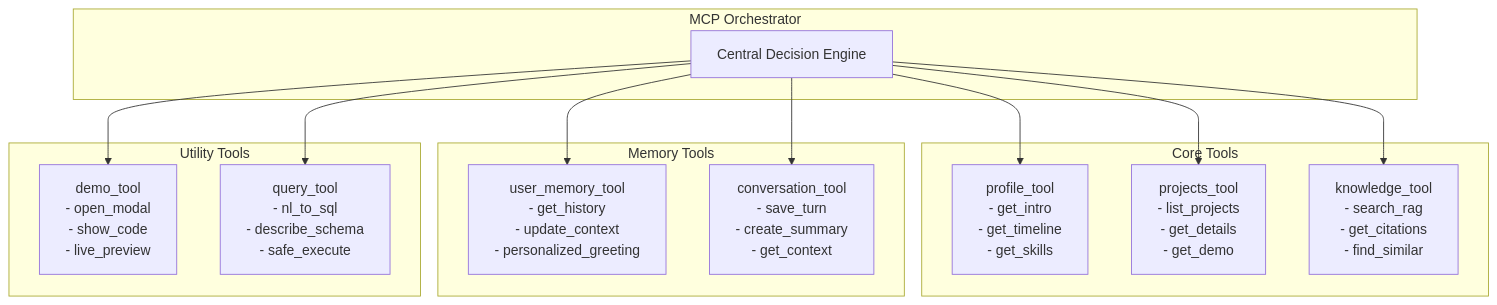
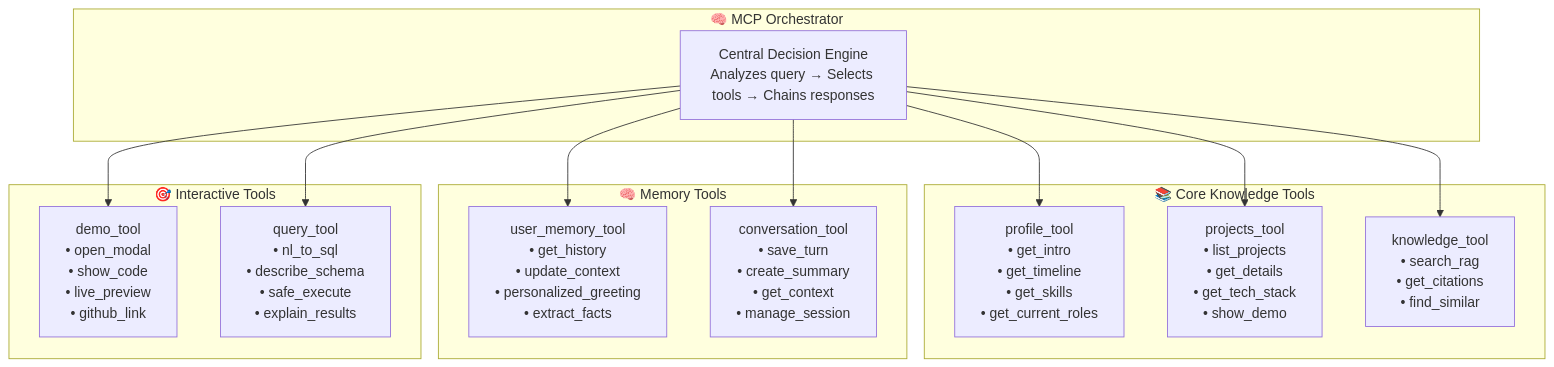
The fifth of 8 diagrams in README.md (LSG-hub/Project-001), drawn with Mermaid before and after one commit. The commit also changed other lines of this file, not shown here.

````diff
--- a/README.md
+++ b/README.md
@@ -260,30 +354,30 @@
 ```mermaid
 graph TB
-    subgraph "MCP Orchestrator"
-        Orchestrator[Central Decision Engine]
+    subgraph Orchestrator["🧠 MCP Orchestrator"]
+        Engine[Central Decision Engine<br/>Analyzes query → Selects tools → Chains responses]
     end
     
-    subgraph "Core Tools"
-        ProfileTool[profile_tool<br/>- get_intro<br/>- get_timeline<br/>- get_skills]
-        ProjectsTool[projects_tool<br/>- list_projects<br/>- get_details<br/>- get_demo]
-        KnowledgeTool[knowledge_tool<br/>- search_rag<br/>- get_citations<br/>- find_similar]
+    subgraph Core["📚 Core Knowledge Tools"]
+        ProfileTool[profile_tool<br/>• get_intro<br/>• get_timeline<br/>• get_skills<br/>• get_current_roles]
+        ProjectsTool[projects_tool<br/>• list_projects<br/>• get_details<br/>• get_tech_stack<br/>• show_demo]
+        KnowledgeTool[knowledge_tool<br/>• search_rag<br/>• get_citations<br/>• find_similar]
     end
     
-    subgraph "Memory Tools"
-        UserMemoryTool[user_memory_tool<br/>- get_history<br/>- update_context<br/>- personalized_greeting]
-        ConversationTool[conversation_tool<br/>- save_turn<br/>- create_summary<br/>- get_context]
+    subgraph Memory["🧠 Memory Tools"]
+        UserMemoryTool[user_memory_tool<br/>• get_history<br/>• update_context<br/>• personalized_greeting<br/>• extract_facts]
+        ConversationTool[conversation_tool<br/>• save_turn<br/>• create_summary<br/>• get_context<br/>• manage_session]
     end
     
-    subgraph "Utility Tools"
-        DemoTool[demo_tool<br/>- open_modal<br/>- show_code<br/>- live_preview]
-        QueryTool[query_tool<br/>- nl_to_sql<br/>- describe_schema<br/>- safe_execute]
+    subgraph Interactive["🎯 Interactive Tools"]
+        DemoTool[demo_tool<br/>• open_modal<br/>• show_code<br/>• live_preview<br/>• github_link]
+        QueryTool[query_tool<br/>• nl_to_sql<br/>• describe_schema<br/>• safe_execute<br/>• explain_results]
     end
     
-    Orchestrator --> ProfileTool
-    Orchestrator --> ProjectsTool
-    Orchestrator --> KnowledgeTool
-    Orchestrator --> UserMemoryTool
-    Orchestrator --> ConversationTool
-    Orchestrator --> DemoTool
-    Orchestrator --> QueryTool
+    Engine --> ProfileTool
+    Engine --> ProjectsTool
+    Engine --> KnowledgeTool
+    Engine --> UserMemoryTool
+    Engine --> ConversationTool
+    Engine --> DemoTool
+    Engine --> QueryTool
 ```
````
